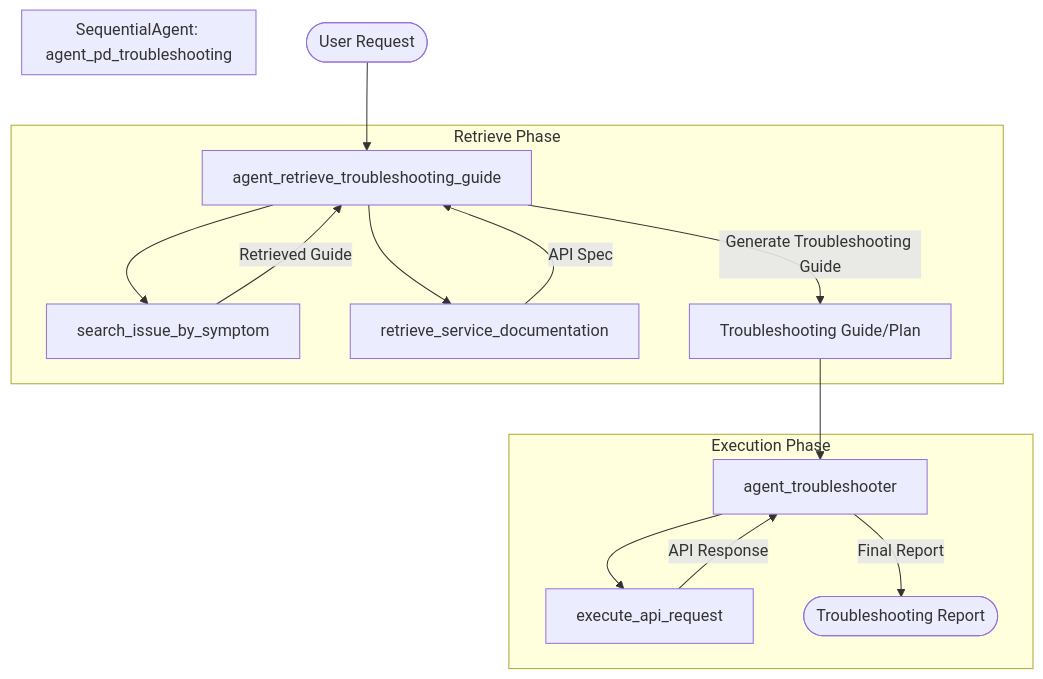
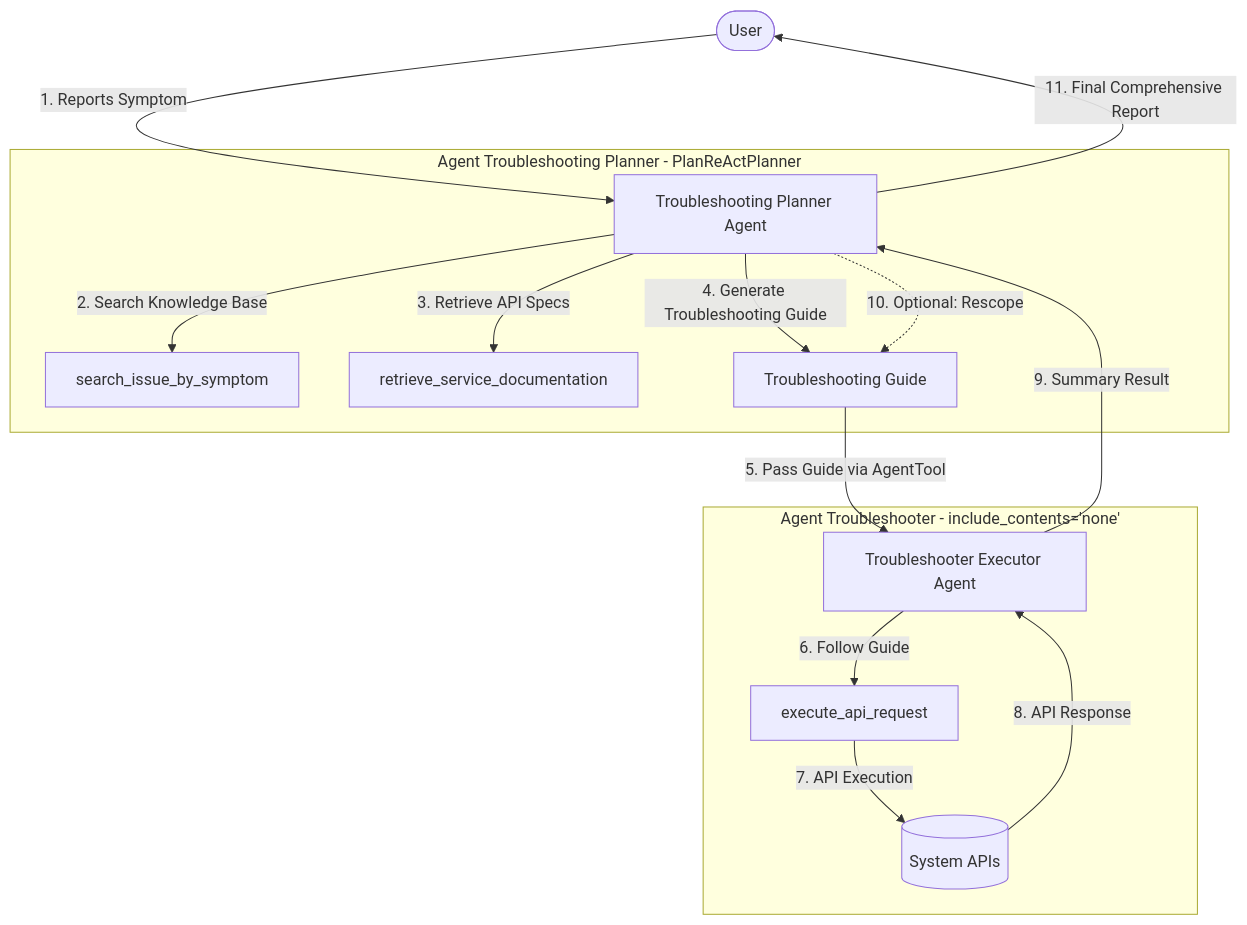
Before and after one commit to ningxia202109/google-adk-sample: the diagram in src/agent_pd_troubleshooting/README.md, drawn with Mermaid. The commit also changed other lines of this file and 2 other files, not shown here.

Commit message:
Feature/update adk planner and agent tools (#5)

````diff
--- a/src/agent_pd_troubleshooting/README.md
+++ b/src/agent_pd_troubleshooting/README.md
@@ -10,25 +38,22 @@
 ```mermaid
 graph TD
-    User([User Request]) --> A1[agent_retrieve_troubleshooting_guide]
+    User([User]) -->|1. Reports Symptom| Planner[Troubleshooting Planner Agent]
     
-    subgraph "Retrieve Phase"
-    A1 --> T1[search_issue_by_symptom]
-    T1 --> |Retrieved Guide| A1
-    A1 --> T2[retrieve_service_documentation]
-    T2 --> |API Spec| A1
-    A1 --> |Generate Troubleshooting Guide| Plan[Troubleshooting Guide/Plan]
+    subgraph Planner_Process [Agent Troubleshooting Planner - PlanReActPlanner]
+        Planner -->|2. Search Knowledge Base| Search[search_issue_by_symptom]
+        Planner -->|3. Retrieve API Specs| Docs[retrieve_service_documentation]
+        Planner -->|4. Generate Troubleshooting Guide| Guide[Troubleshooting Guide]
     end
     
-    Plan --> A2[agent_troubleshooter]
+    Guide -->|5. Pass Guide via AgentTool| Executor[Troubleshooter Executor Agent]
     
-    subgraph "Execution Phase"
-    A2 --> T3[execute_api_request]
-    T3 --> |API Response| A2
-    A2 --> |Final Report| Result([Troubleshooting Report])
+    subgraph Executor_Process [Agent Troubleshooter - include_contents='none']
+        Executor -->|6. Follow Guide| API[execute_api_request]
+        API -->|7. API Execution| System[(System APIs)]
+        System -->|8. API Response| Executor
     end
     
-    subgraph "SequentialAgent: agent_pd_troubleshooting"
-    A1
-    A2
-    end
+    Executor -->|9. Summary Result| Planner
+    Planner -.->|10. Optional: Rescope| Guide
+    Planner -->|11. Final Comprehensive Report| User
 ```
````
